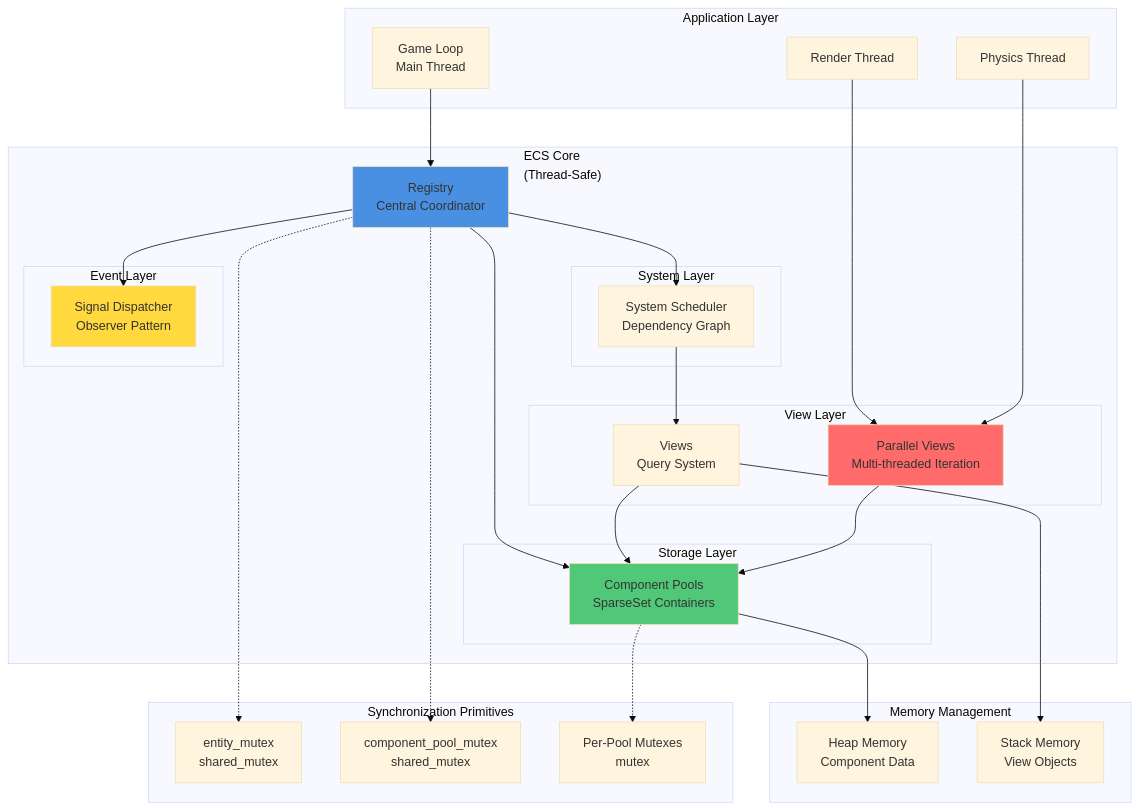
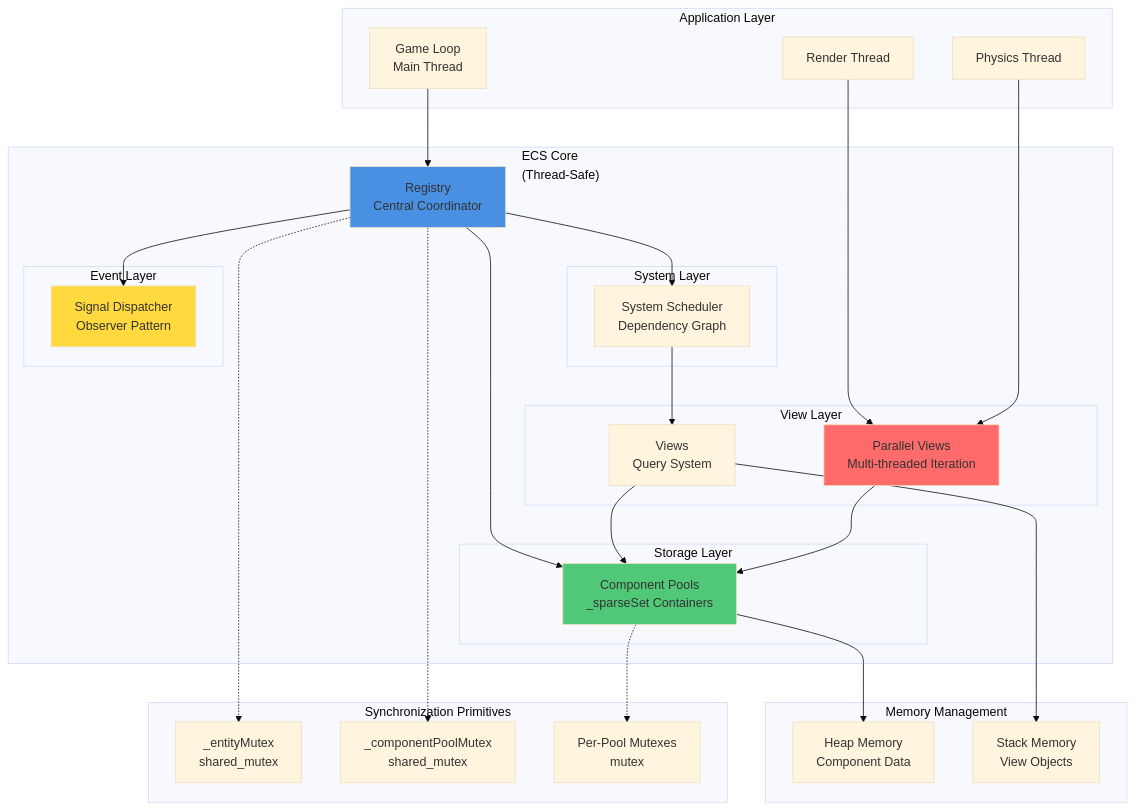
Diagram 12 of 12 in doc/ecs/19_architecture_diagrams.md (My-Epitech-Organisation/Rtype), drawn with Mermaid (base theme) before and after one commit. The commit also changed other lines of this file and 48 other files, not shown here.

````diff
--- a/doc/ecs/19_architecture_diagrams.md
+++ b/doc/ecs/19_architecture_diagrams.md
@@ -1056,64 +1056,64 @@
 ```mermaid
 graph TB
     subgraph Application["Application Layer"]
         GameLoop[Game Loop<br/>Main Thread]
         RenderThread[Render Thread]
         PhysicsThread[Physics Thread]
     end
     
     subgraph ECS["ECS Core<br/>(Thread-Safe)"]
         Registry[Registry<br/>Central Coordinator]
         
         subgraph StorageLayer["Storage Layer"]
-            ComponentPools[Component Pools<br/>SparseSet Containers]
+            ComponentPools[Component Pools<br/>_sparseSet Containers]
         end
         
         subgraph ViewLayer["View Layer"]
             Views[Views<br/>Query System]
             ParallelViews[Parallel Views<br/>Multi-threaded Iteration]
         end
         
         subgraph SystemLayer["System Layer"]
             SystemScheduler[System Scheduler<br/>Dependency Graph]
         end
         
         subgraph EventLayer["Event Layer"]
             SignalDispatcher[Signal Dispatcher<br/>Observer Pattern]
         end
     end
     
     subgraph Memory["Memory Management"]
         Heap[Heap Memory<br/>Component Data]
         Stack[Stack Memory<br/>View Objects]
     end
     
     subgraph Sync["Synchronization Primitives"]
-        EntityMutex[entity_mutex<br/>shared_mutex]
-        ComponentMutex[component_pool_mutex<br/>shared_mutex]
-        SparseSetMutexes[Per-Pool Mutexes<br/>mutex]
+        EntityMutex[_entityMutex<br/>shared_mutex]
+        ComponentMutex[_componentPoolMutex<br/>shared_mutex]
+        _sparseSetMutexes[Per-Pool Mutexes<br/>mutex]
     end
     
     GameLoop --> Registry
     RenderThread --> ParallelViews
     PhysicsThread --> ParallelViews
     
     Registry --> ComponentPools
     Registry --> SignalDispatcher
     Registry --> SystemScheduler
     
     Views --> ComponentPools
     ParallelViews --> ComponentPools
     SystemScheduler --> Views
     
     ComponentPools --> Heap
     Views --> Stack
     
     Registry -.-> EntityMutex
     Registry -.-> ComponentMutex
-    ComponentPools -.-> SparseSetMutexes
+    ComponentPools -.-> _sparseSetMutexes
     
     style Registry fill:#4a90e2
     style ComponentPools fill:#50c878
     style ParallelViews fill:#ff6b6b
     style SignalDispatcher fill:#ffd93d
 ```
````
